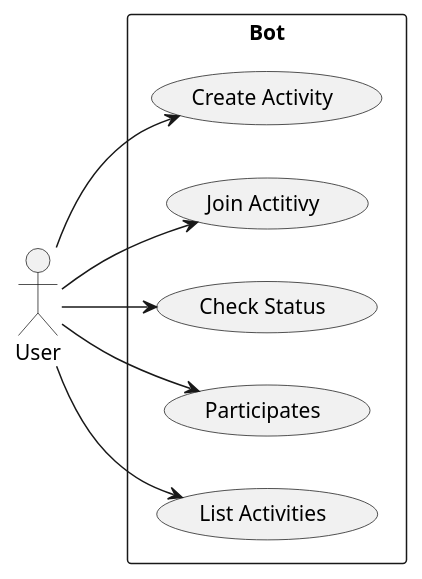
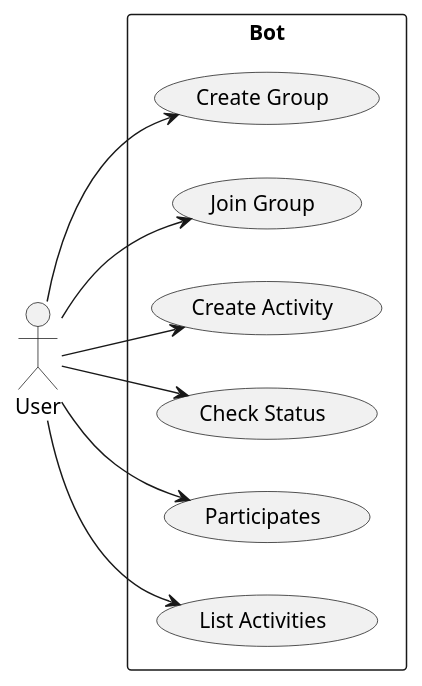
The diagram in docs/uml/usecase.puml (orion-services/bot), drawn with PlantUML before and after one commit. The commit also changed 11 other files, not shown here.

```diff
--- a/docs/uml/usecase.puml
+++ b/docs/uml/usecase.puml
@@ -1,17 +1,19 @@
 @startuml
 left to right direction
 skinparam packageStyle rectangle
 :User: as user
 rectangle Bot {
+    usecase "Create Group" as cg
+    usecase "Join Group" as ja
     usecase "Create Activity" as ca
-    usecase "Join Actitivy" as ja
     usecase "Check Status" as cs
     usecase "Participates" as pa
     usecase "List Activities" as la
 }
 user --> ca
+user --> cg
 user --> pa
 user --> cs
 user --> ja
 user --> la
 @enduml
```
